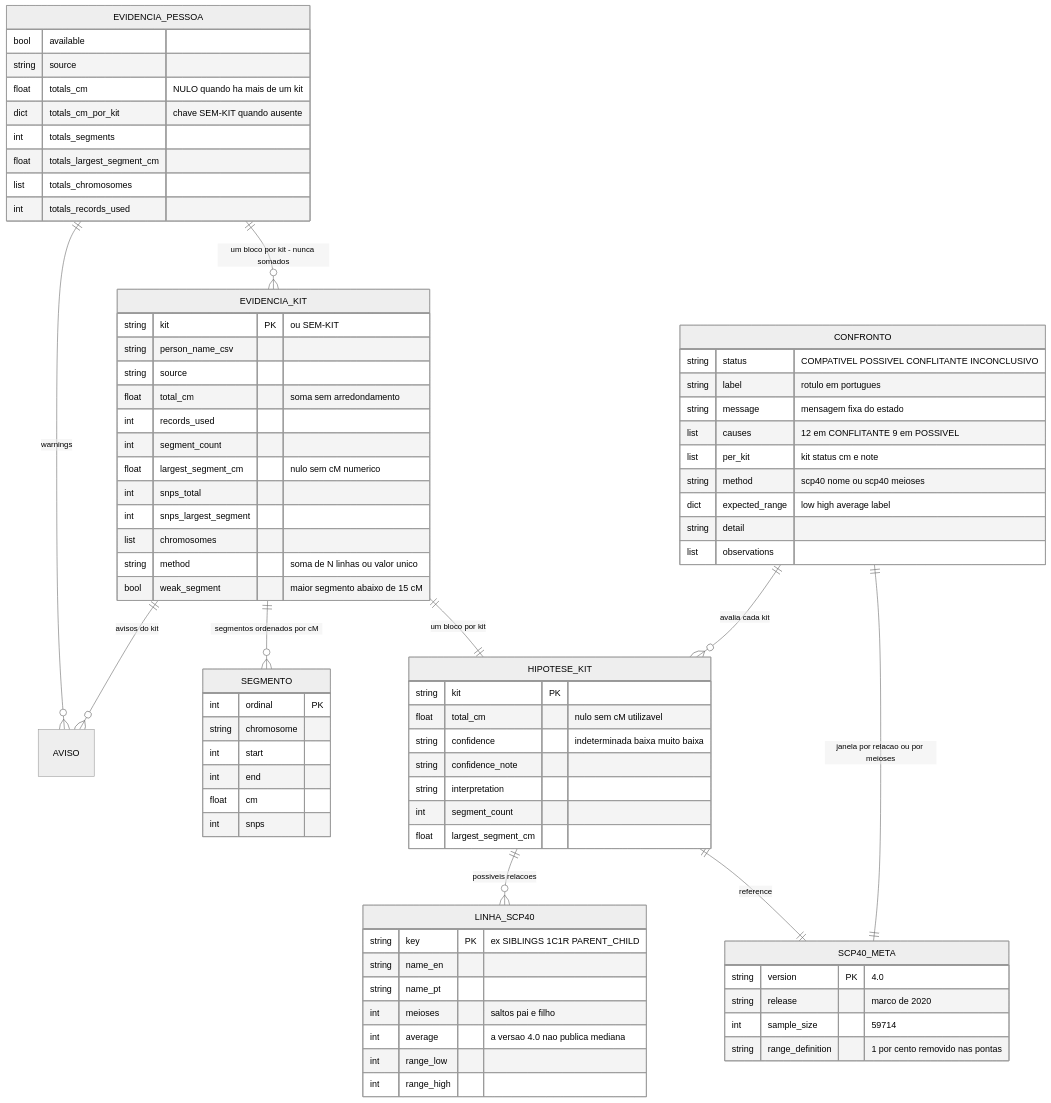
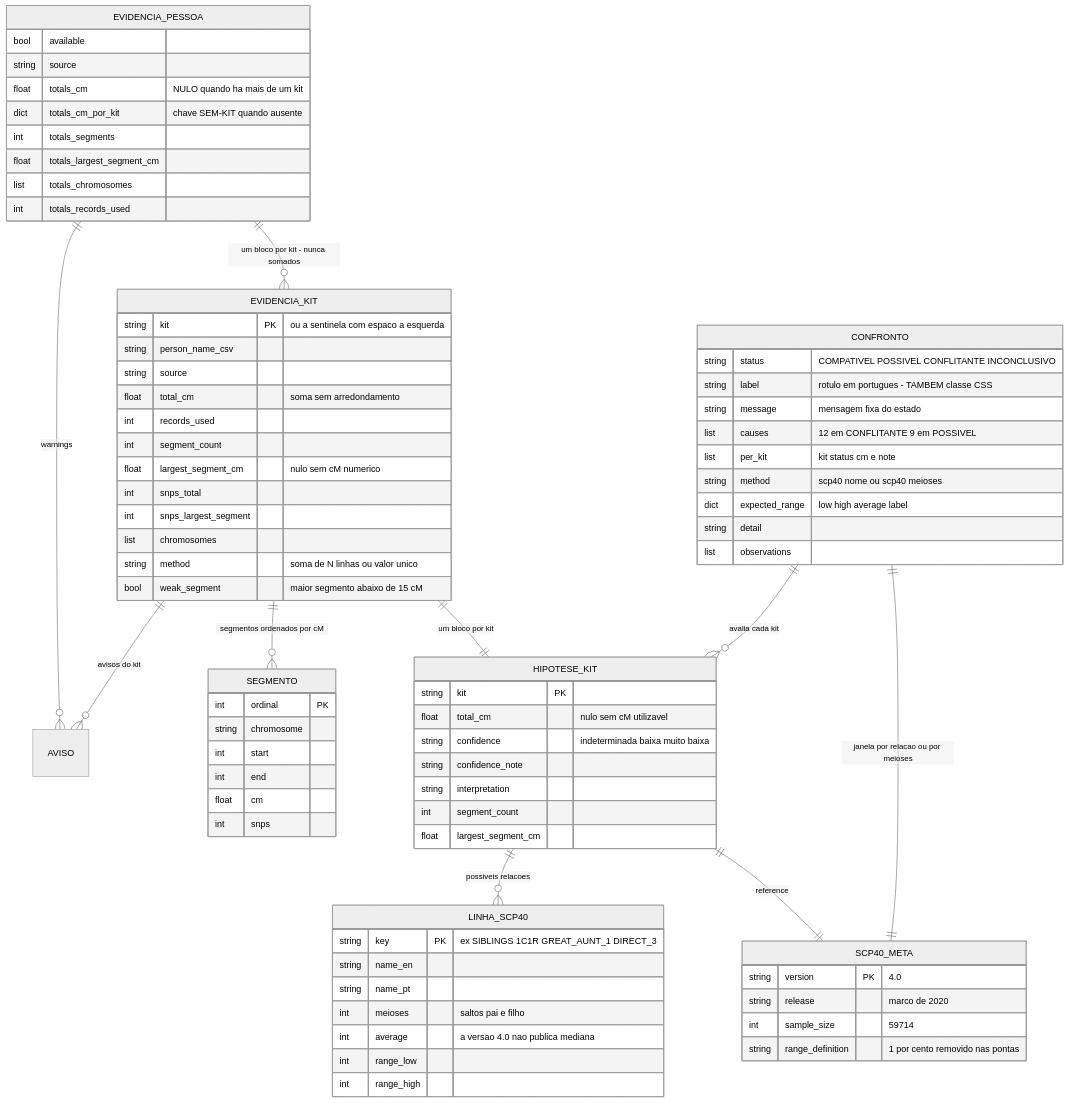
Before and after one commit to Adriano1976/reversa-analisador-genealogico: the third of 5 diagrams in _reversa_sdd/erd-complete.md, drawn with Mermaid (neutral theme). The commit also changed other lines of this file and 69 other files, not shown here.

````diff
--- a/_reversa_sdd/erd-complete.md
+++ b/_reversa_sdd/erd-complete.md
@@ -175,80 +190,80 @@
 ```mermaid
 erDiagram
     EVIDENCIA_PESSOA ||--o{ EVIDENCIA_KIT : "um bloco por kit - nunca somados"
     EVIDENCIA_PESSOA ||--o{ AVISO : "warnings"
     EVIDENCIA_KIT ||--o{ SEGMENTO : "segmentos ordenados por cM"
     EVIDENCIA_KIT ||--o{ AVISO : "avisos do kit"
     EVIDENCIA_KIT ||--|| HIPOTESE_KIT : "um bloco por kit"
     HIPOTESE_KIT ||--o{ LINHA_SCP40 : "possiveis relacoes"
     HIPOTESE_KIT ||--|| SCP40_META : "reference"
     CONFRONTO ||--o{ HIPOTESE_KIT : "avalia cada kit"
     CONFRONTO ||--|| SCP40_META : "janela por relacao ou por meioses"
 
     EVIDENCIA_PESSOA {
         bool available
         string source
         float totals_cm "NULO quando ha mais de um kit"
         dict totals_cm_por_kit "chave SEM-KIT quando ausente"
         int totals_segments
         float totals_largest_segment_cm
         list totals_chromosomes
         int totals_records_used
     }
     EVIDENCIA_KIT {
-        string kit PK "ou SEM-KIT"
+        string kit PK "ou a sentinela com espaco a esquerda"
         string person_name_csv
         string source
         float total_cm "soma sem arredondamento"
         int records_used
         int segment_count
         float largest_segment_cm "nulo sem cM numerico"
         int snps_total
         int snps_largest_segment
         list chromosomes
         string method "soma de N linhas ou valor unico"
         bool weak_segment "maior segmento abaixo de 15 cM"
     }
     SEGMENTO {
         int ordinal PK
         string chromosome
         int start
         int end
         float cm
         int snps
     }
     HIPOTESE_KIT {
         string kit PK
         float total_cm "nulo sem cM utilizavel"
         string confidence "indeterminada baixa muito baixa"
         string confidence_note
         string interpretation
         int segment_count
         float largest_segment_cm
     }
     LINHA_SCP40 {
-        string key PK "ex SIBLINGS 1C1R PARENT_CHILD"
+        string key PK "ex SIBLINGS 1C1R GREAT_AUNT_1 DIRECT_3"
         string name_en
         string name_pt
         int meioses "saltos pai e filho"
         int average "a versao 4.0 nao publica mediana"
         int range_low
         int range_high
     }
     SCP40_META {
         string version PK "4.0"
         string release "marco de 2020"
         int sample_size "59714"
         string range_definition "1 por cento removido nas pontas"
     }
     CONFRONTO {
         string status "COMPATIVEL POSSIVEL CONFLITANTE INCONCLUSIVO"
-        string label "rotulo em portugues"
+        string label "rotulo em portugues - TAMBEM classe CSS"
         string message "mensagem fixa do estado"
         list causes "12 em CONFLITANTE 9 em POSSIVEL"
         list per_kit "kit status cm e note"
         string method "scp40 nome ou scp40 meioses"
         dict expected_range "low high average label"
         string detail
         list observations
     }
 ```
````
